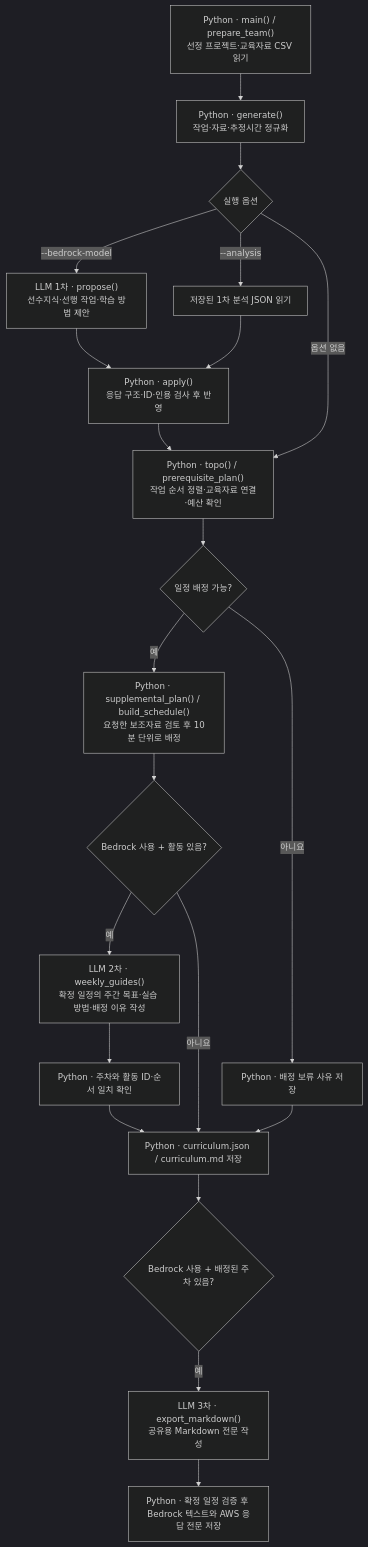
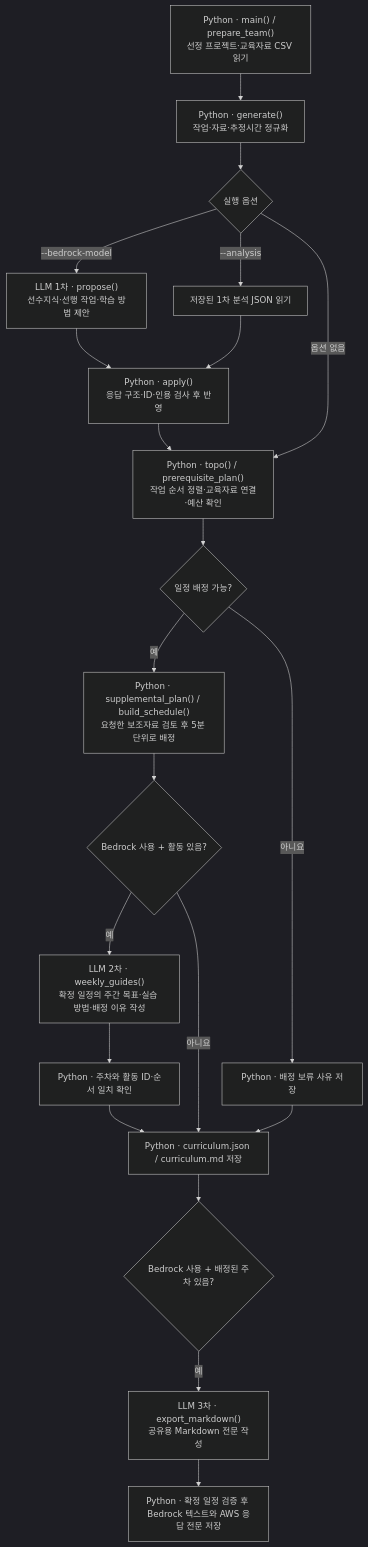
Before and after one commit to gaori2952/Round_labcurriculum: the diagram in README.md, drawn with Mermaid (dark theme). The commit also changed other lines of this file and 6 other files, not shown here.

````diff
--- a/README.md
+++ b/README.md
@@ -57,23 +57,23 @@
 ```mermaid
 flowchart TD
     A["Python · main() / prepare_team()<br/>선정 프로젝트·교육자료 CSV 읽기"] --> B["Python · generate()<br/>작업·자료·추정시간 정규화"]
     B --> C{"실행 옵션"}
     C -->|"--bedrock-model"| D["LLM 1차 · propose()<br/>선수지식·선행 작업·학습 방법 제안"]
     C -->|"--analysis"| E["저장된 1차 분석 JSON 읽기"]
     D --> F["Python · apply()<br/>응답 구조·ID·인용 검사 후 반영"]
     E --> F
     F --> G["Python · topo() / prerequisite_plan()<br/>작업 순서 정렬·교육자료 연결·예산 확인"]
     C -->|"옵션 없음"| G
     G --> H{"일정 배정 가능?"}
-    H -->|"예"| I["Python · supplemental_plan() / build_schedule()<br/>요청한 보조자료 검토 후 10분 단위로 배정"]
+    H -->|"예"| I["Python · supplemental_plan() / build_schedule()<br/>요청한 보조자료 검토 후 5분 단위로 배정"]
     H -->|"아니요"| M["Python · 배정 보류 사유 저장"]
     I --> J{"Bedrock 사용 + 활동 있음?"}
     J -->|"예"| K["LLM 2차 · weekly_guides()<br/>확정 일정의 주간 목표·실습 방법·배정 이유 작성"]
     K --> L["Python · 주차와 활동 ID·순서 일치 확인"]
     L --> N["Python · curriculum.json / curriculum.md 저장"]
     J -->|"아니요"| N
     M --> N
     N --> O{"Bedrock 사용 + 배정된 주차 있음?"}
     O -->|"예"| P["LLM 3차 · export_markdown()<br/>공유용 Markdown 전문 작성"]
     P --> Q["Python · 확정 일정 검증 후 Bedrock 텍스트와 AWS 응답 전문 저장"]
 ```
````
